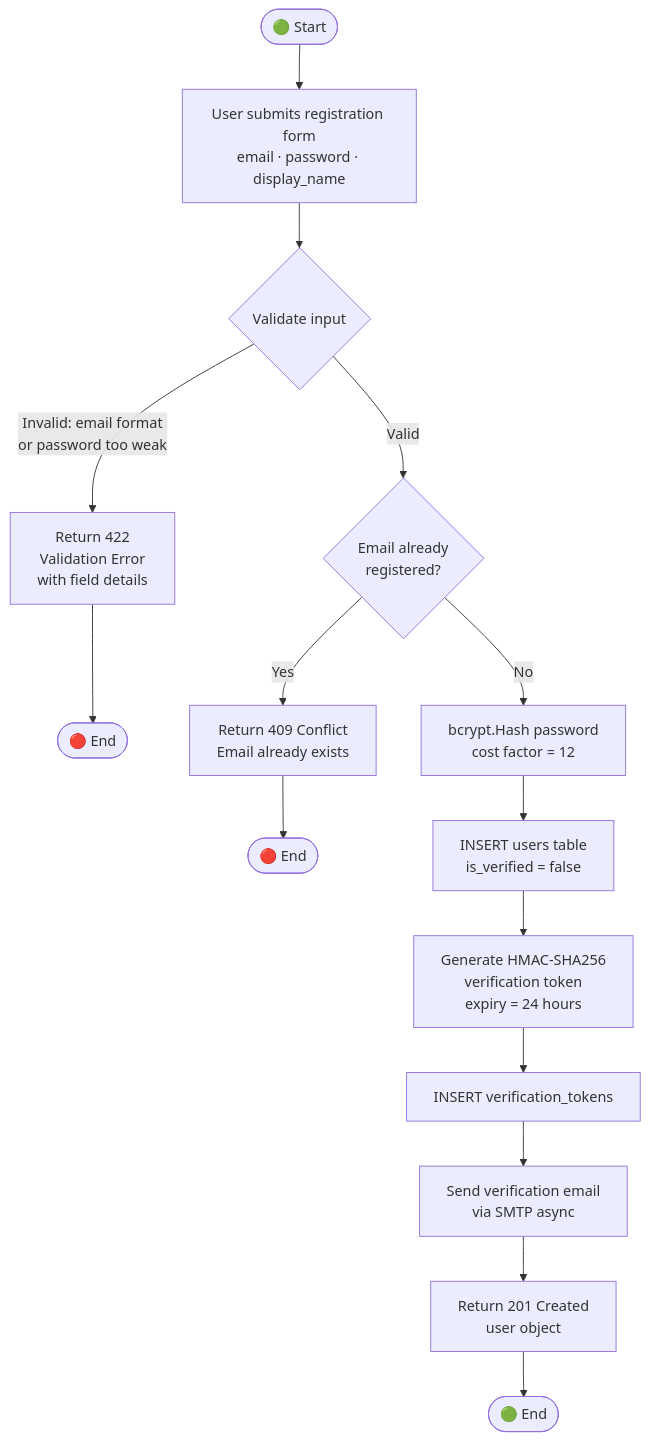
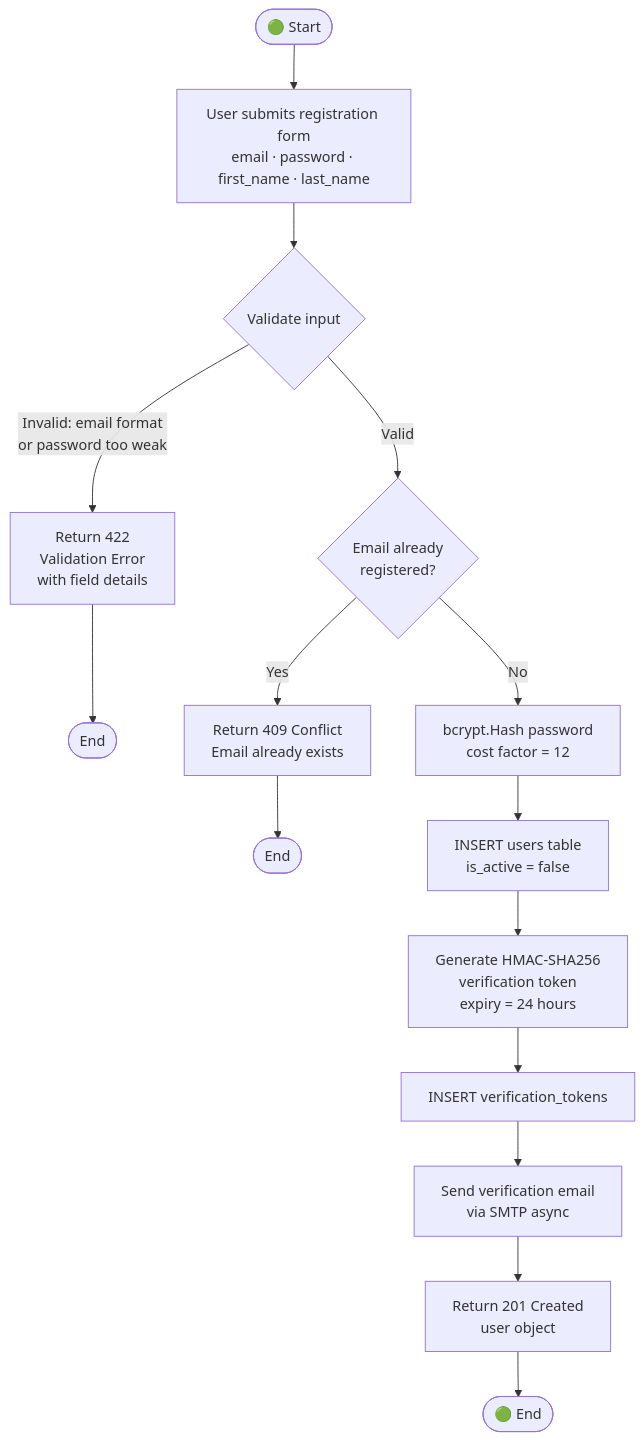
The first of 9 diagrams in docs/diagrams/Activity_Diagrams.md (ABDELRAHMAN-ELRAYES/Vai), drawn with Mermaid before and after one commit. The commit also changed other lines of this file and 14 other files, not shown here.

````diff
--- a/docs/diagrams/Activity_Diagrams.md
+++ b/docs/diagrams/Activity_Diagrams.md
@@ -12,19 +12,19 @@
 ```mermaid
 flowchart TD
-    Start([🟢 Start]) --> A[User submits registration form\nemail · password · display_name]
+    Start([🟢 Start]) --> A[User submits registration form\nemail · password · first_name · last_name]
     A --> B{Validate input}
     B -->|Invalid: email format\nor password too weak| C[Return 422\nValidation Error\nwith field details]
-    C --> End1([🔴 End])
+    C --> End1([End])
 
     B -->|Valid| D{Email already\nregistered?}
     D -->|Yes| E[Return 409 Conflict\nEmail already exists]
-    E --> End2([🔴 End])
+    E --> End2([End])
 
     D -->|No| F[bcrypt.Hash password\ncost factor = 12]
-    F --> G[INSERT users table\nis_verified = false]
+    F --> G[INSERT users table\nis_active = false]
     G --> H[Generate HMAC-SHA256\nverification token\nexpiry = 24 hours]
     H --> I[INSERT verification_tokens]
     I --> J[Send verification email\nvia SMTP async]
     J --> K[Return 201 Created\nuser object]
     K --> End3([🟢 End])
 ```
````
